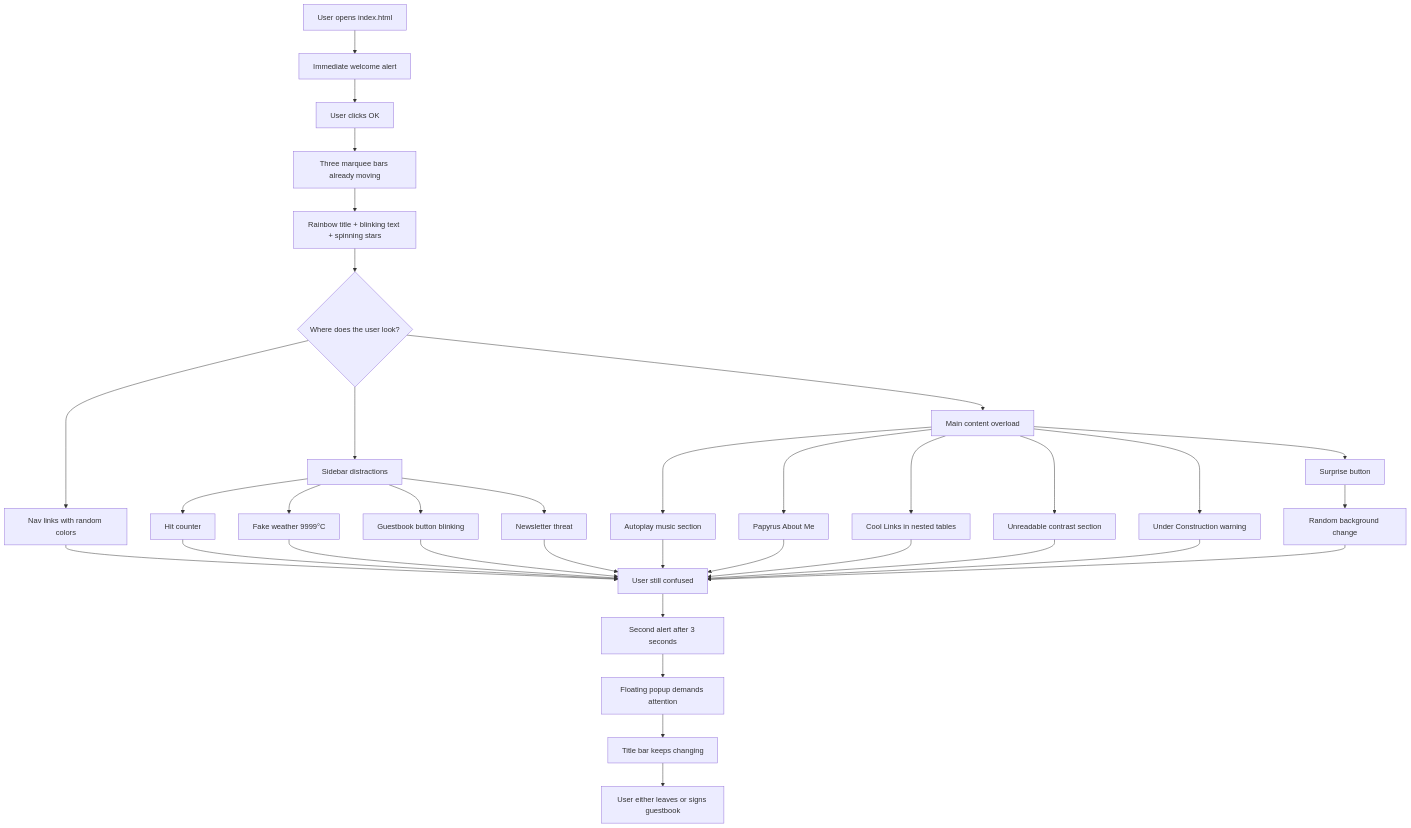
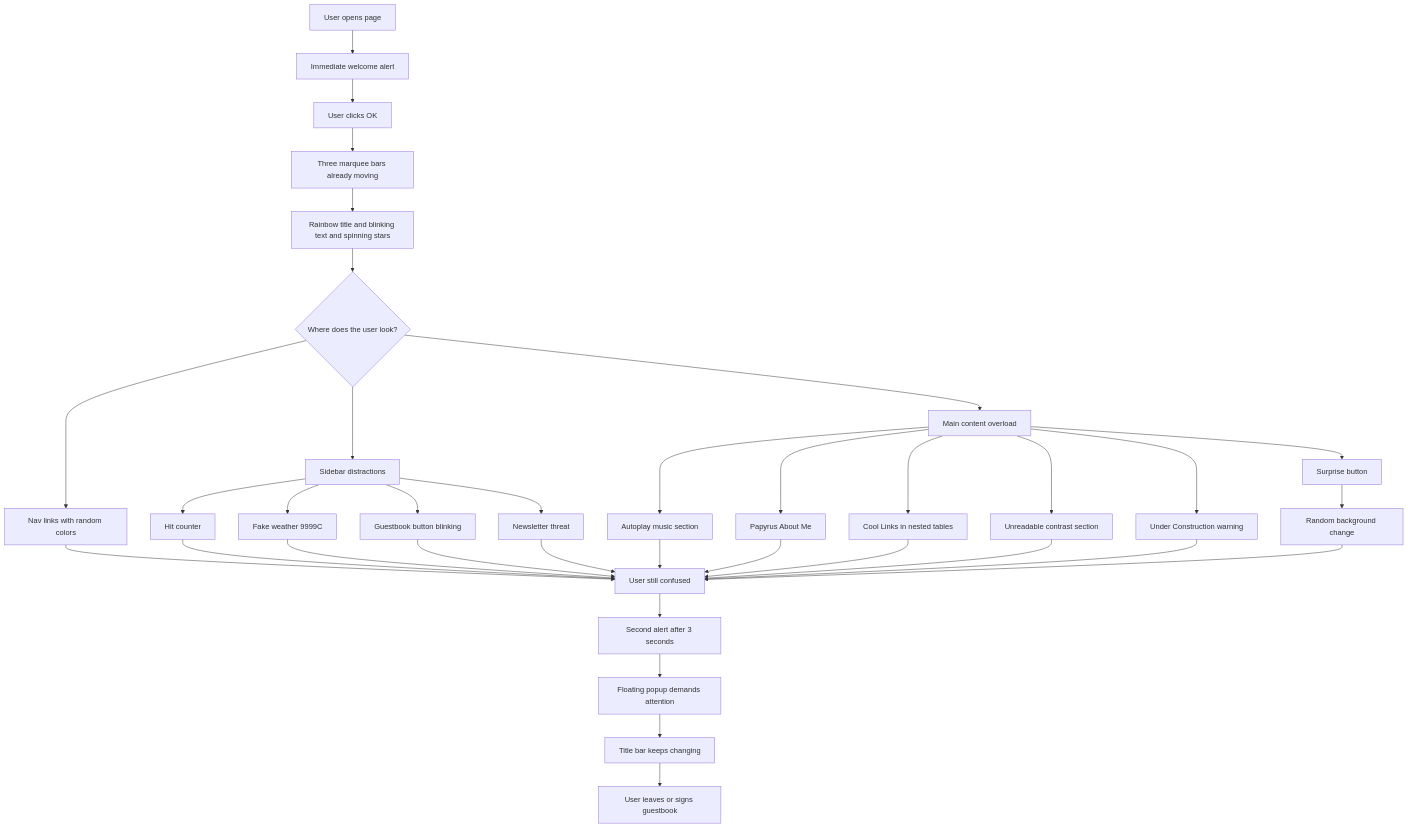
The second of 4 diagrams in README.md (sarang-cmd/best-website-hosted-on-earth), drawn with Mermaid before and after one commit. The commit also changed other lines of this file, not shown here.

````diff
--- a/README.md
+++ b/README.md
@@ -350,42 +641,42 @@
 ```mermaid
 flowchart TD
-    A[User opens index.html] --> B[Immediate welcome alert]
+    A[User opens page] --> B[Immediate welcome alert]
     B --> C[User clicks OK]
     C --> D[Three marquee bars already moving]
-    D --> E[Rainbow title + blinking text + spinning stars]
+    D --> E[Rainbow title and blinking text and spinning stars]
     E --> F{Where does the user look?}
 
     F --> G[Sidebar distractions]
     F --> H[Main content overload]
     F --> I[Nav links with random colors]
 
     G --> G1[Hit counter]
-    G --> G2[Fake weather 9999°C]
+    G --> G2[Fake weather 9999C]
     G --> G3[Guestbook button blinking]
     G --> G4[Newsletter threat]
 
     H --> H1[Autoplay music section]
     H --> H2[Papyrus About Me]
     H --> H3[Cool Links in nested tables]
     H --> H4[Unreadable contrast section]
     H --> H5[Under Construction warning]
     H --> H6[Surprise button]
 
     I --> J[User still confused]
     G1 --> J
     G2 --> J
     G3 --> J
     G4 --> J
     H1 --> J
     H2 --> J
     H3 --> J
     H4 --> J
     H5 --> J
     H6 --> K[Random background change]
     K --> J
 
     J --> L[Second alert after 3 seconds]
     L --> M[Floating popup demands attention]
     M --> N[Title bar keeps changing]
-    N --> O[User either leaves or signs guestbook]
+    N --> O[User leaves or signs guestbook]
 ```
````
